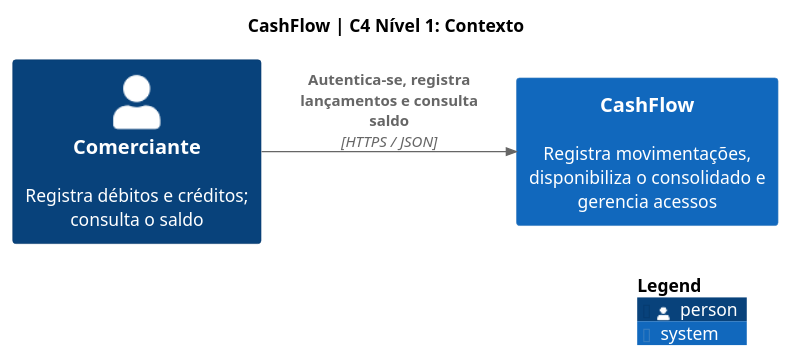
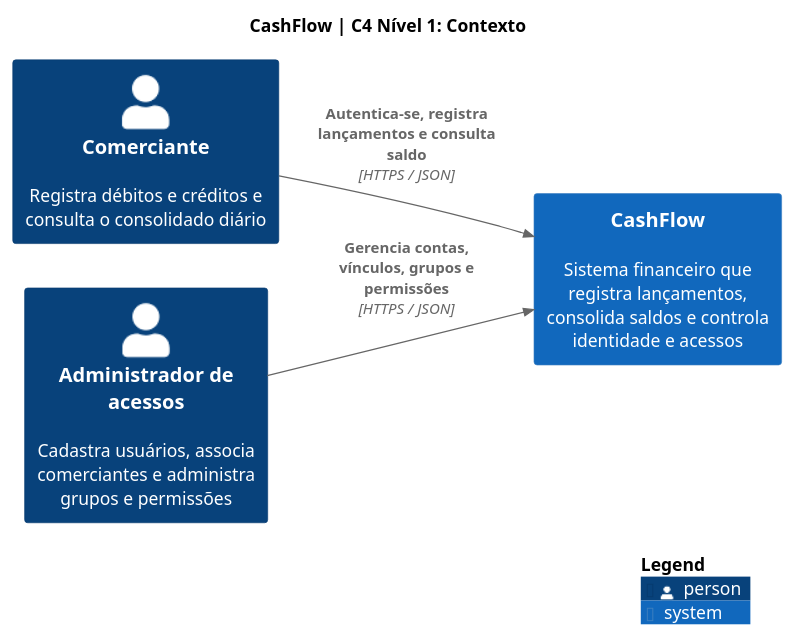
One commit to wolwerr/CashFlow-Architecture changed the diagram in docs/architecture/plantuml/c4-context.puml. Above: the diagram before and after it, drawn with PlantUML.

Commit message:
docs(c4): show access administrator and IAM capability in context view (#6)

```diff
--- a/docs/architecture/plantuml/c4-context.puml
+++ b/docs/architecture/plantuml/c4-context.puml
@@ -1,9 +1,11 @@
 @startuml CashFlow_Context
 !include <C4/C4_Context>
 title CashFlow | C4 Nível 1: Contexto
 LAYOUT_LEFT_RIGHT()
-Person(comerciante, "Comerciante", "Registra débitos e créditos; consulta o saldo")
-System(cashflow, "CashFlow", "Registra movimentações, disponibiliza o consolidado e gerencia acessos")
+Person(comerciante, "Comerciante", "Registra débitos e créditos e consulta o consolidado diário")
+Person(admin, "Administrador de acessos", "Cadastra usuários, associa comerciantes e administra grupos e permissões")
+System(cashflow, "CashFlow", "Sistema financeiro que registra lançamentos, consolida saldos e controla identidade e acessos")
 Rel(comerciante, cashflow, "Autentica-se, registra lançamentos e consulta saldo", "HTTPS / JSON")
+Rel(admin, cashflow, "Gerencia contas, vínculos, grupos e permissões", "HTTPS / JSON")
 SHOW_LEGEND()
 @enduml
```
